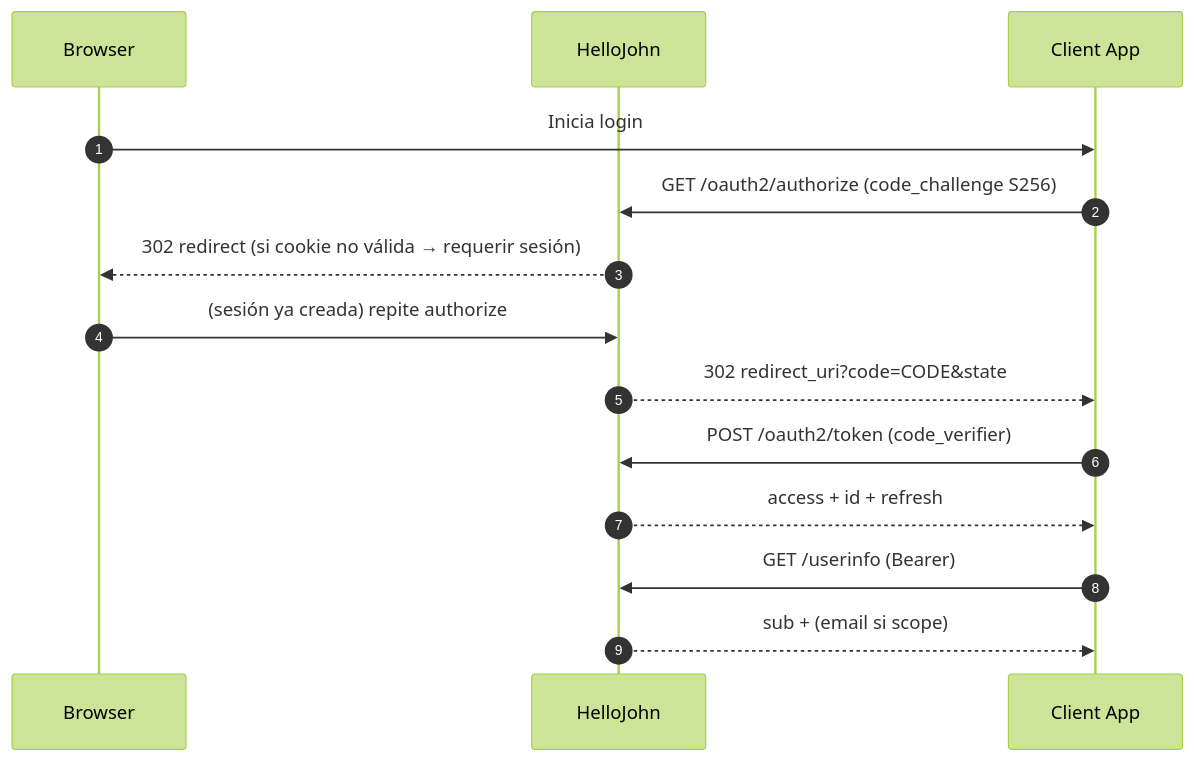
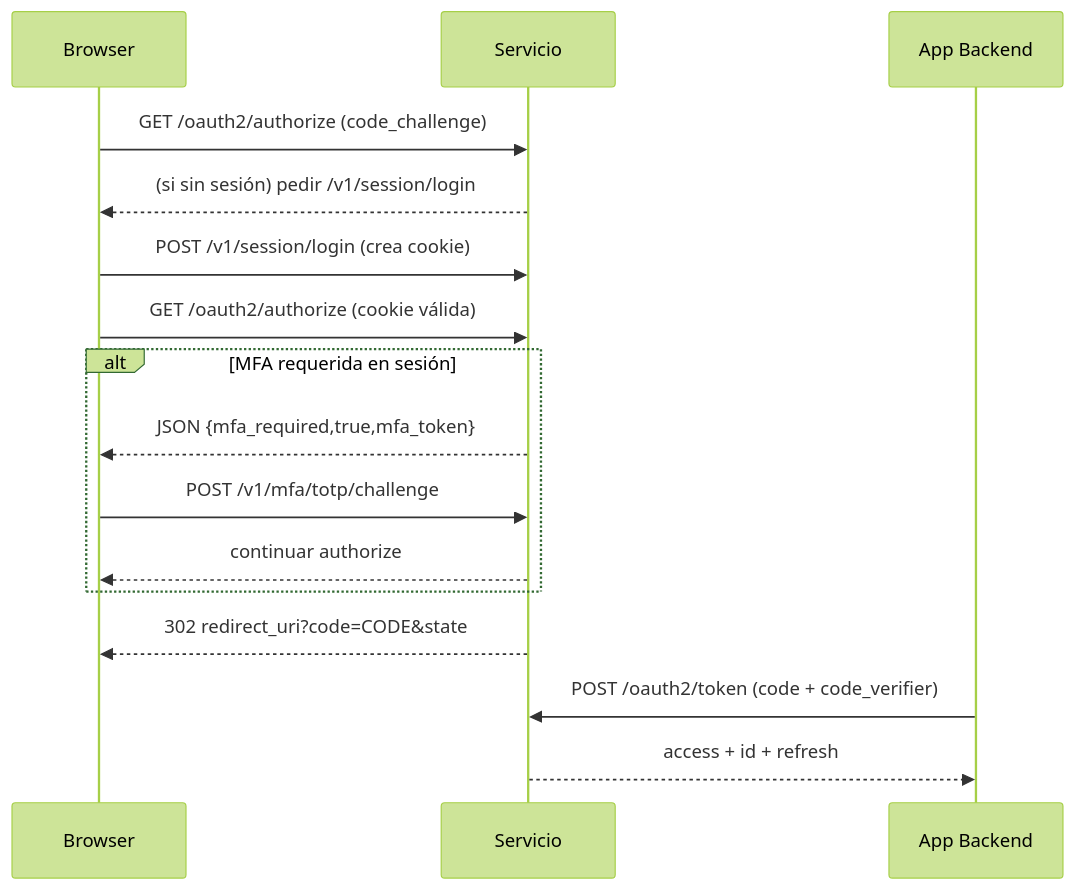
One commit to dropDatabas3/hellojohn changed the fourth of 9 diagrams in README.md. Above: the diagram before and after it, drawn with Mermaid (forest theme). The commit also changed other lines of this file and 30 other files, not shown here.

````diff
--- a/README.md
+++ b/README.md
@@ -158,16 +120,18 @@
 ```mermaid
 sequenceDiagram
-autonumber
 participant B as Browser
-participant S as HelloJohn
-participant C as Client App
-B->>C: Inicia login
-C->>S: GET /oauth2/authorize (code_challenge S256)
-S-->>B: 302 redirect (si cookie no válida → requerir sesión)
-B->>S: (sesión ya creada) repite authorize
-S-->>C: 302 redirect_uri?code=CODE&state
-C->>S: POST /oauth2/token (code_verifier)
-S-->>C: access + id + refresh
-C->>S: GET /userinfo (Bearer)
-S-->>C: sub + (email si scope)
+participant S as Servicio
+participant A as App Backend
+B->>S: GET /oauth2/authorize (code_challenge)
+S-->>B: (si sin sesión) pedir /v1/session/login
+B->>S: POST /v1/session/login (crea cookie)
+B->>S: GET /oauth2/authorize (cookie válida)
+alt MFA requerida en sesión
+  S-->>B: JSON {mfa_required,true,mfa_token}
+  B->>S: POST /v1/mfa/totp/challenge
+  S-->>B: continuar authorize
+end
+S-->>B: 302 redirect_uri?code=CODE&state
+A->>S: POST /oauth2/token (code + code_verifier)
+S-->>A: access + id + refresh
 ```
````
